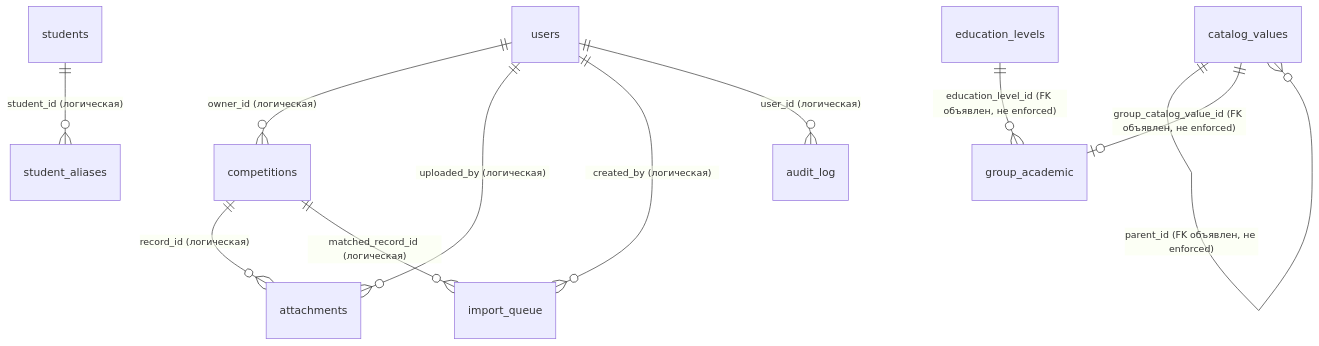
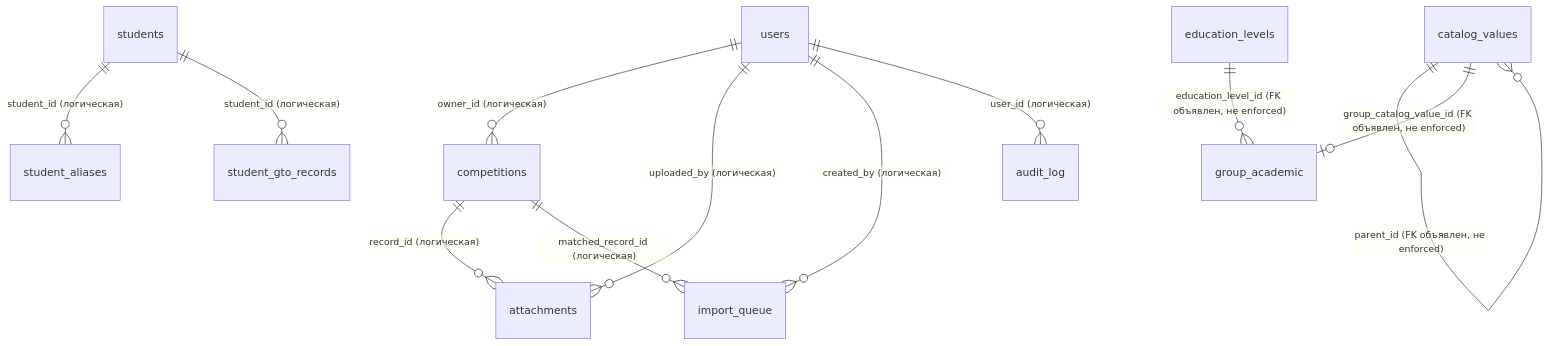
Before and after one commit to shifter1710/competitions: the diagram in docs/data-model.md, drawn with Mermaid. The commit also changed other lines of this file and 18 other files, not shown here.

````diff
--- a/docs/data-model.md
+++ b/docs/data-model.md
@@ -48,13 +49,14 @@
 ```mermaid
 erDiagram
     users ||--o{ competitions : "owner_id (логическая)"
     users ||--o{ attachments : "uploaded_by (логическая)"
     users ||--o{ import_queue : "created_by (логическая)"
     users ||--o{ audit_log : "user_id (логическая)"
     competitions ||--o{ attachments : "record_id (логическая)"
     competitions ||--o{ import_queue : "matched_record_id (логическая)"
     catalog_values ||--o{ catalog_values : "parent_id (FK объявлен, не enforced)"
     students ||--o{ student_aliases : "student_id (логическая)"
+    students ||--o{ student_gto_records : "student_id (логическая)"
     catalog_values ||--o| group_academic : "group_catalog_value_id (FK объявлен, не enforced)"
     education_levels ||--o{ group_academic : "education_level_id (FK объявлен, не enforced)"
 ```
````
